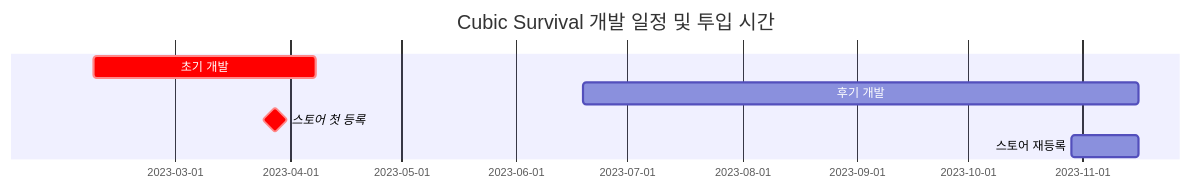
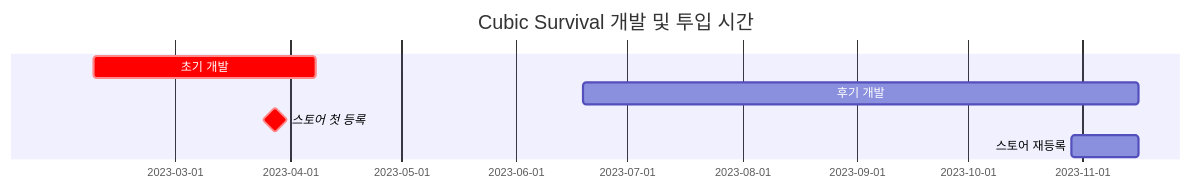
The diagram in _posts/프로그래밍/마일스톤/2023-12-13-Cubic-Survival-Alpha.md (hynrang/hynrang.github.io), drawn with Mermaid before and after one commit. The commit also changed other lines of this file and 7 other files, not shown here.

````diff
--- a/_posts/프로그래밍/마일스톤/2023-12-13-Cubic-Survival-Alpha.md
+++ b/_posts/프로그래밍/마일스톤/2023-12-13-Cubic-Survival-Alpha.md
@@ -27,8 +27,8 @@
 ```mermaid
 gantt
-    title Cubic Survival 개발 일정 및 투입 시간
+    title Cubic Survival 개발 및 투입 시간
     초기 개발: crit, 2023-02-07, 60d
     후기 개발: a1, 2023-06-19, 150d
     스토어 첫 등록: crit, milestone, 2023-03-28, 0d
     스토어 재등록: a3, 2023-10-29, 18d
 ```
````
